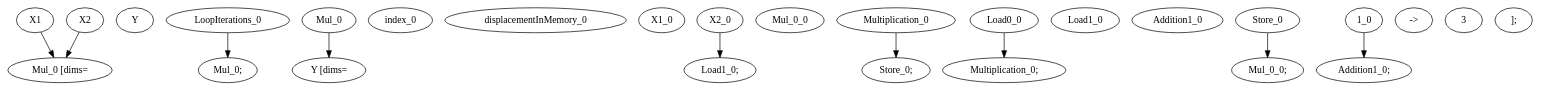
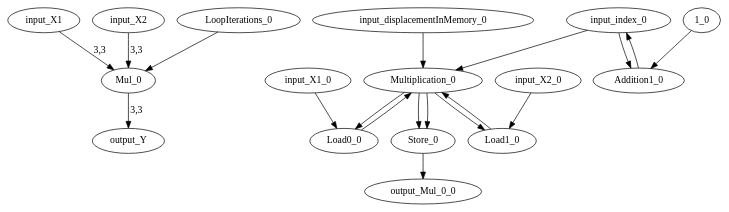
The diagram in outputs/matmuldot.dot (specs-feup/onnx-flow), drawn with Graphviz before and after one commit. The commit also changed 5 other files, not shown here.

```diff
--- a/outputs/matmuldot.dot
+++ b/outputs/matmuldot.dot
@@ -1,36 +1,36 @@
 digraph G {
-"X1" [opcode="input"];
-"X2" [opcode="input"];
-"Y" [opcode="output"];
+"X1" [opcode="input"][label="input_X1"];
+"X2" [opcode="input"][label="input_X2"];
+"Y" [opcode="output"][label="output_Y"];
 "LoopIterations_0" [opcode="constant"][value="6"];
 "Mul_0" [opcode="Mul"];
-"index_0" [opcode="input"];
-"displacementInMemory_0" [opcode="input"];
-"X1_0" [opcode="input"];
-"X2_0" [opcode="input"];
-"Mul_0_0" [opcode="output"];
+"index_0" [opcode="input"][label="input_index_0"];
+"displacementInMemory_0" [opcode="input"][label="input_displacementInMemory_0"];
+"X1_0" [opcode="input"][label="input_X1_0"];
+"X2_0" [opcode="input"][label="input_X2_0"];
+"Mul_0_0" [opcode="output"][label="output_Mul_0_0"];
 "Multiplication_0" [opcode="Multiplication"];
 "Load0_0" [opcode="Load"];
 "Load1_0" [opcode="Load"];
 "Addition1_0" [opcode="Addition"];
 "Store_0" [opcode="Store"];
 "1_0" [opcode="constant"][value="1"];
-"LoopIterations_0" -> "Mul_0;
-"index_0" -> "Multiplication_0;
-"X1" -> "Mul_0 [dims="3,3"];
-"displacementInMemory_0" -> "Multiplication_0;
-"X2" -> "Mul_0 [dims="3,3"];
-"X1_0" -> "Load0_0;
-"Mul_0" -> "Y [dims="3,3"];
-"Multiplication_0" -> "Load0_0;
-"X2_0" -> "Load1_0;
-"Multiplication_0" -> "Load1_0;
-"Load0_0" -> "Multiplication_0;
-"Load1_0" -> "Multiplication_0;
-"Multiplication_0" -> "Store_0;
-"Multiplication_0" -> "Store_0;
-"Store_0" -> "Mul_0_0;
-"index_0" -> "Addition1_0;
-"1_0" -> "Addition1_0;
-"Addition1_0" -> "index_0;
+"LoopIterations_0" -> "Mul_0";
+"index_0" -> "Multiplication_0";
+"X1" -> "Mul_0" [label="3,3"] [dims="3,3"];
+"displacementInMemory_0" -> "Multiplication_0";
+"X2" -> "Mul_0" [label="3,3"] [dims="3,3"];
+"X1_0" -> "Load0_0";
+"Mul_0" -> "Y" [label="3,3"] [dims="3,3"];
+"Multiplication_0" -> "Load0_0";
+"X2_0" -> "Load1_0";
+"Multiplication_0" -> "Load1_0";
+"Load0_0" -> "Multiplication_0";
+"Load1_0" -> "Multiplication_0";
+"Multiplication_0" -> "Store_0";
+"Multiplication_0" -> "Store_0";
+"Store_0" -> "Mul_0_0";
+"index_0" -> "Addition1_0";
+"1_0" -> "Addition1_0";
+"Addition1_0" -> "index_0";
 }
```
